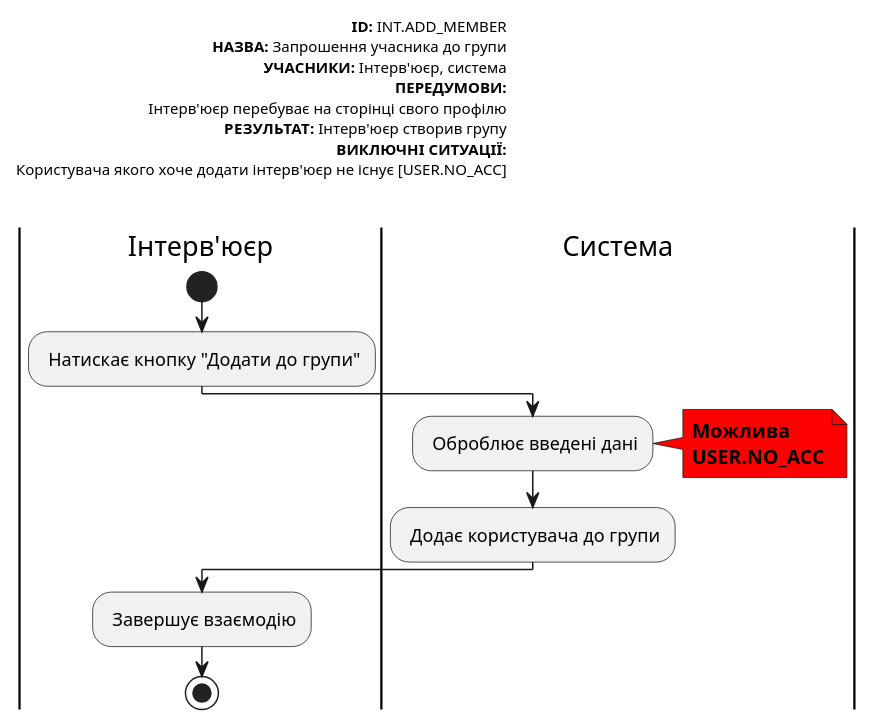
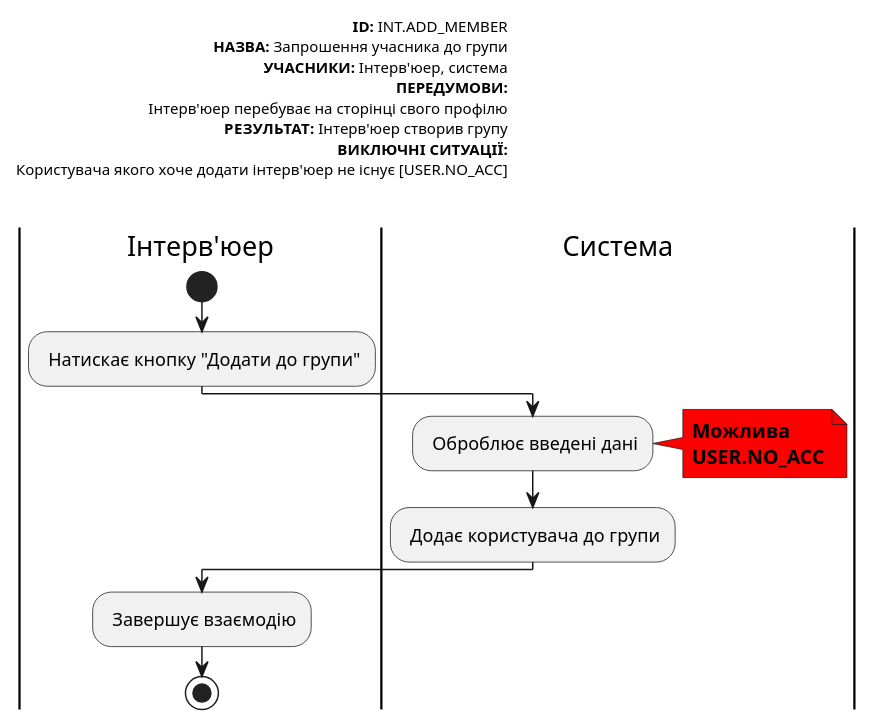
One commit to michigang1/ImForms changed diagram 15 of 22 in docs/use cases/README.md. Above: the diagram before and after it, drawn with PlantUML. The commit also changed other lines of this file, not shown here.

```diff
--- a/docs/use cases/README.md
+++ b/docs/use cases/README.md
@@ -468,31 +465,31 @@
 @startuml
 left header
 <font color=000 size=10><b>ID:</b> INT.ADD_MEMBER
 <font color=000 size=10><b>НАЗВА:</b> Запрошення учасника до групи
-<font color=000 size=10><b>УЧАСНИКИ:</b> Інтерв'юєр, система  
+<font color=000 size=10><b>УЧАСНИКИ:</b> Інтерв'юер, система  
 <font color=000 size=10><b>ПЕРЕДУМОВИ:</b>
-<font color=000 size=10> Інтерв'юєр перебуває на сторінці свого профілю
-<font color=000 size=10><b>РЕЗУЛЬТАТ:</b> Інтерв'юєр створив групу
+<font color=000 size=10> Інтерв'юер перебуває на сторінці свого профілю
+<font color=000 size=10><b>РЕЗУЛЬТАТ:</b> Інтерв'юер створив групу
 <font color=000 size=10><b>ВИКЛЮЧНІ СИТУАЦІЇ:</b>
-<font color=000 size=10> Користувача якого хоче додати інтерв'юєр не існує [USER.NO_ACC]
+<font color=000 size=10> Користувача якого хоче додати інтерв'юер не існує [USER.NO_ACC]
 
 
 end header
 
-|Інтерв'юєр|
+|Інтерв'юер|
         start
         : Натискає кнопку "Додати до групи";
 
 |Система|
         : Оброблює введені дані;
         note right #ff0000
         <b>Можлива</b>
         <b>USER.NO_ACC</b>
         end note
 
         : Додає користувача до групи;
 
-|Інтерв'юєр|
+|Інтерв'юер|
         : Завершує взаємодію;
         stop;
 @enduml
```
